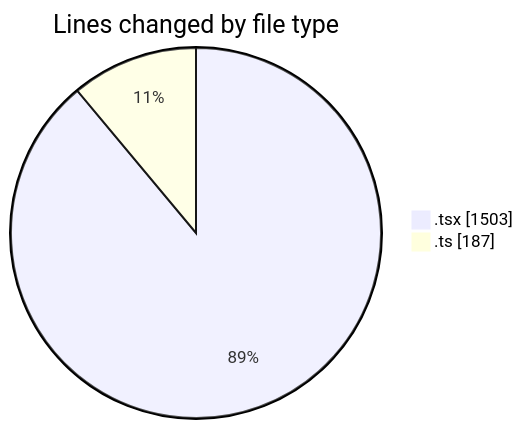
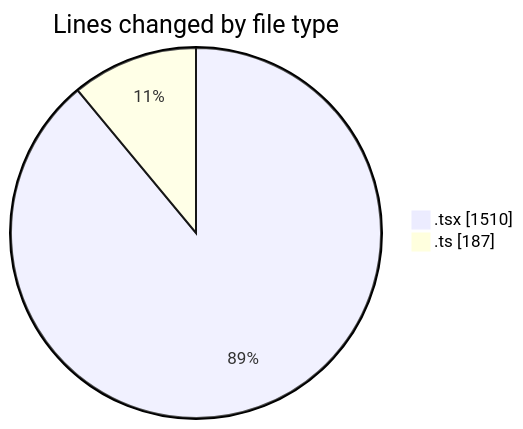
One commit to robertbonfada/code-tracking changed the first of 2 diagrams in 2025-02-03/mbc-web/README.md. Above: the diagram before and after it, drawn with Mermaid. The commit also changed other lines of this file and 1 other file, not shown here.

````diff
--- a/2025-02-03/mbc-web/README.md
+++ b/2025-02-03/mbc-web/README.md
@@ -25,6 +25,6 @@
 ```mermaid
 pie showData
 title Lines changed by file type
-".tsx" : 1503
+".tsx" : 1510
 ".ts" : 187
 ```
````
